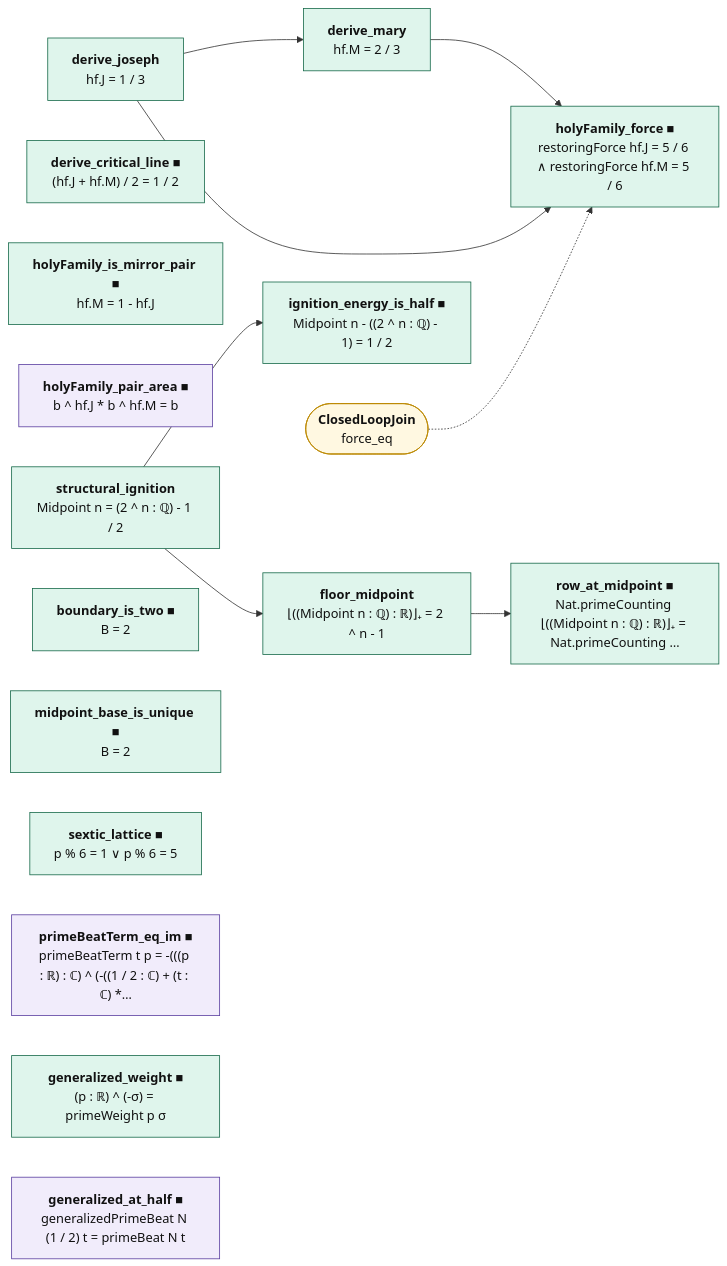
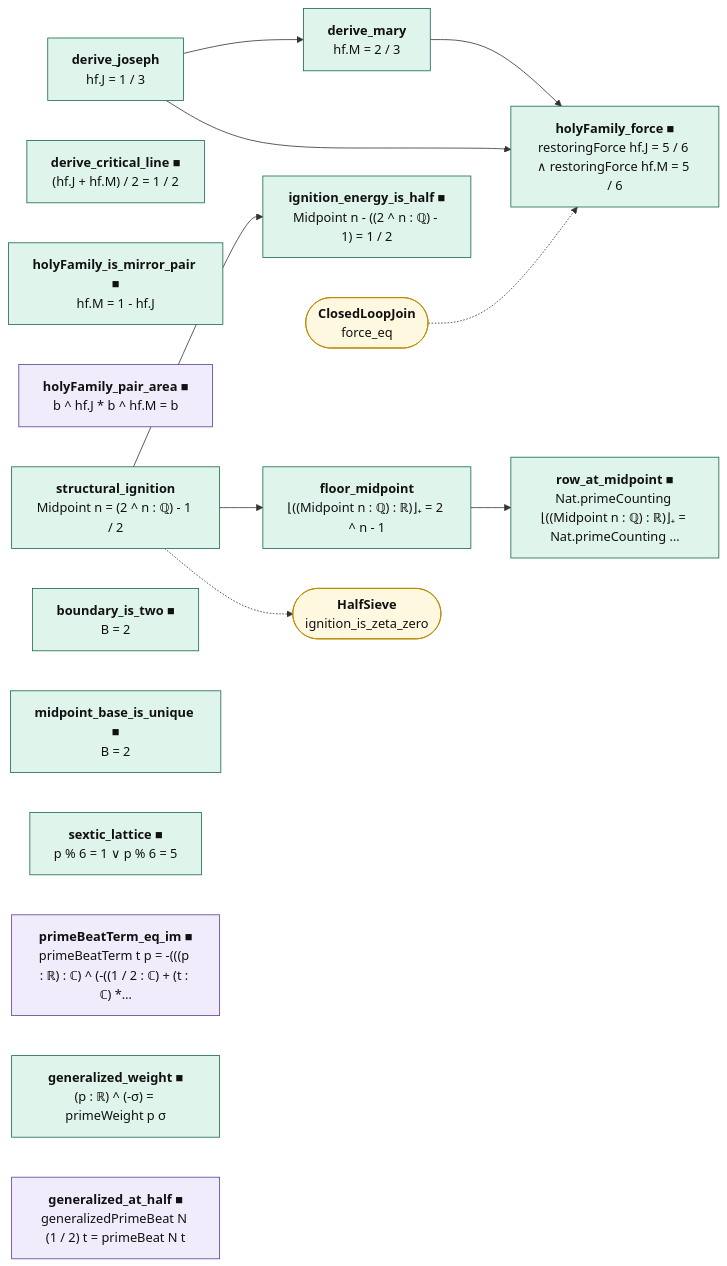
Before and after one commit to juliansambranojr/Primebeat_081426: the diagram in map/lean_stage3/ClosedLoopChain.md, drawn with Mermaid. The commit also changed other lines of this file and 56 other files, not shown here.

First line of the commit message:
Blocks R5, R6: the height of a finite peak; the half in the sieve and the spiral link as the sieve's wobble (units 0484, 0485)

````diff
--- a/map/lean_stage3/ClosedLoopChain.md
+++ b/map/lean_stage3/ClosedLoopChain.md
@@ -14,35 +14,37 @@
 ```mermaid
 flowchart LR
   n0["<b>derive_joseph</b><br/>hf.J = 1 / 3"]:::cnt
   n1["<b>derive_mary</b><br/>hf.M = 2 / 3"]:::cnt
   n2["<b>derive_critical_line ■</b><br/>(hf.J + hf.M) / 2 = 1 / 2"]:::cnt
   n3["<b>holyFamily_is_mirror_pair ■</b><br/>hf.M = 1 - hf.J"]:::cnt
   n4["<b>holyFamily_pair_area ■</b><br/>b ^ hf.J * b ^ hf.M = b"]:::shp
   n5["<b>holyFamily_force ■</b><br/>restoringForce hf.J = 5 / 6 ∧ restoringForce hf.M = 5 / 6"]:::cnt
   n6["<b>structural_ignition</b><br/>Midpoint n = (2 ^ n : ℚ) - 1 / 2"]:::cnt
   n7["<b>ignition_energy_is_half ■</b><br/>Midpoint n - ((2 ^ n : ℚ) - 1) = 1 / 2"]:::cnt
   n8["<b>floor_midpoint</b><br/>⌊((Midpoint n : ℚ) : ℝ)⌋₊ = 2 ^ n - 1"]:::cnt
   n9["<b>row_at_midpoint ■</b><br/>Nat.primeCounting ⌊((Midpoint n : ℚ) : ℝ)⌋₊ = Nat.primeCounting …"]:::cnt
   n10["<b>boundary_is_two ■</b><br/>B = 2"]:::cnt
   n11["<b>midpoint_base_is_unique ■</b><br/>B = 2"]:::cnt
   n12["<b>sextic_lattice ■</b><br/>p % 6 = 1 ∨ p % 6 = 5"]:::cnt
   n13["<b>primeBeatTerm_eq_im ■</b><br/>primeBeatTerm t p = -(((p : ℝ) : ℂ) ^ (-((1 / 2 : ℂ) + (t : ℂ) *…"]:::shp
   n14["<b>generalized_weight ■</b><br/>(p : ℝ) ^ (-σ) = primeWeight p σ"]:::cnt
   n15["<b>generalized_at_half ■</b><br/>generalizedPrimeBeat N (1 / 2) t = primeBeat N t"]:::shp
   x0(["<b>ClosedLoopJoin</b><br/>force_eq"]):::ext
+  x1(["<b>HalfSieve</b><br/>ignition_is_zeta_zero"]):::ext
   n0 --> n1
   n0 --> n5
   n1 --> n5
   n6 --> n7
   n6 --> n8
   n8 --> n9
+  n6 -.-> x1
   x0 -.-> n5
   classDef cnt fill:#dff5ec,stroke:#17694a,color:#111
   classDef shp fill:#f1ecfb,stroke:#5b3fa0,color:#111
   classDef rh fill:#ffe5e5,stroke:#c22,color:#111,stroke-width:2px
   classDef thm fill:#eef4ff,stroke:#335,color:#111
   classDef end_ fill:#e7f7e7,stroke:#2a7,color:#111,stroke-width:2px
   classDef lone fill:#fff,stroke:#999,color:#111,stroke-dasharray:4 3
   classDef bad fill:#ffe5e5,stroke:#c22,color:#111,stroke-width:2px
   classDef ext fill:#fff8e1,stroke:#b80,color:#111
 ```
````
